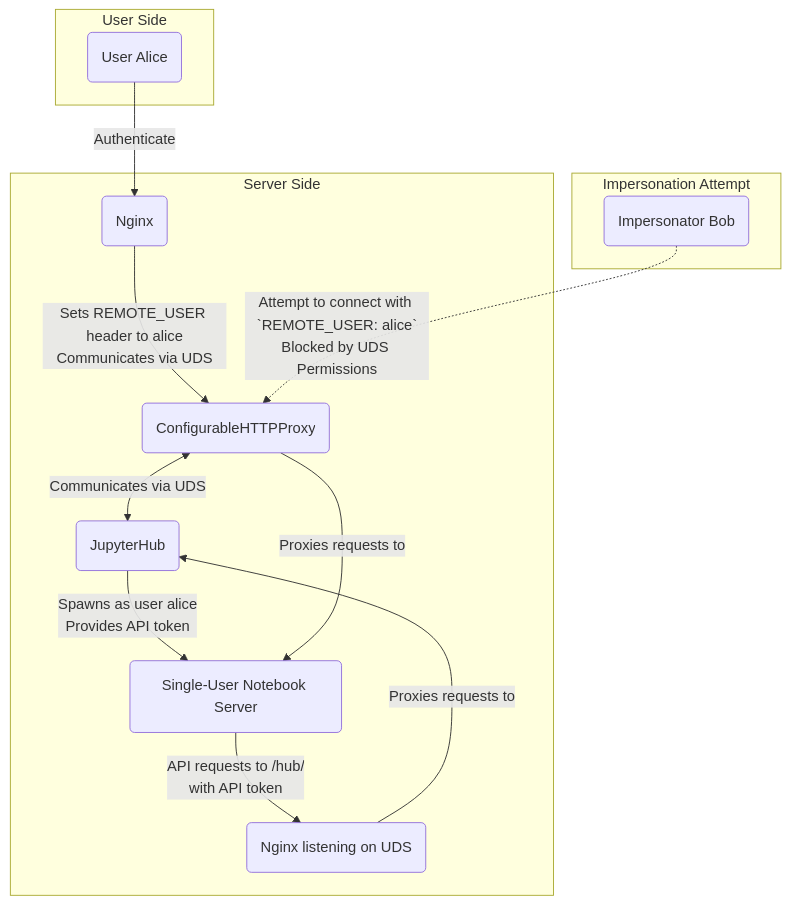
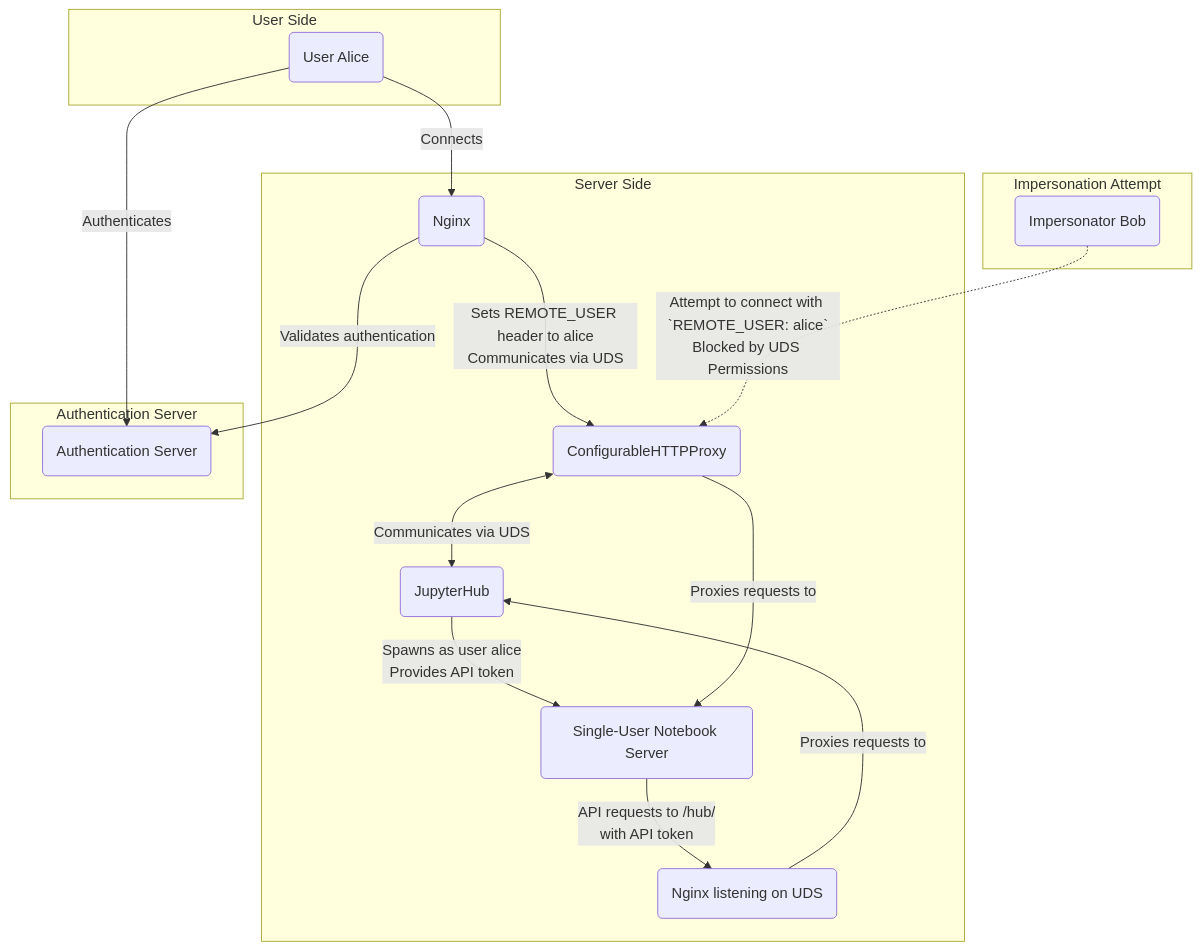
The diagram in README.md (dometto/jupyterhub-unix-socket-example), drawn with Mermaid before and after one commit.

Commit message:
Update mermaid diagram for server and user interactions

````diff
--- a/README.md
+++ b/README.md
@@ -95,18 +95,23 @@
 ```mermaid
 graph TD
     subgraph Server Side
-        B(Nginx) -->|Sets REMOTE_USER header to alice<br/>Communicates via UDS| C(ConfigurableHTTPProxy)
-        C(ConfigurableHTTPProxy) <-->|Communicates via UDS| D(JupyterHub)
-        D(JupyterHub) -->|Spawns as user alice<br/>Provides API token| E(Single-User Notebook Server) -->|API requests to /hub/<br/>with API token|G
-        C -->|Proxies requests to| E
-        G(Nginx listening on UDS) -->|Proxies requests to<br/>|D
+        B(Nginx) -->|Sets REMOTE_USER header to alice<br/>Communicates via UDS| D(ConfigurableHTTPProxy)
+        D(ConfigurableHTTPProxy) <-->|Communicates via UDS| E(JupyterHub)
+        E(JupyterHub) -->|Spawns as user alice<br/>Provides API token| F(Single-User Notebook Server) -->|API requests to /hub/<br/>with API token|G
+        D -->|Proxies requests to| F
+        G(Nginx listening on UDS) -->|Proxies requests to<br/>|E
+    end
+
+    subgraph Authentication Server
+      B -->|Validates authentication| C(Authentication Server)
     end
 
     subgraph User Side
-        A(User Alice) -->|Authenticate| B(Nginx)
+        A(User Alice) -->|Authenticates| C
+        A(User Alice) -->|Connects| B
     end
 
     subgraph Impersonation Attempt
-        F(Impersonator Bob) -.->|Attempt to connect with `REMOTE_USER: alice`<br/>Blocked by UDS Permissions| C(ConfigurableHTTPProxy)
+        H(Impersonator Bob) -.->|Attempt to connect with `REMOTE_USER: alice`<br/>Blocked by UDS Permissions| D(ConfigurableHTTPProxy)
     end
 ```
````
